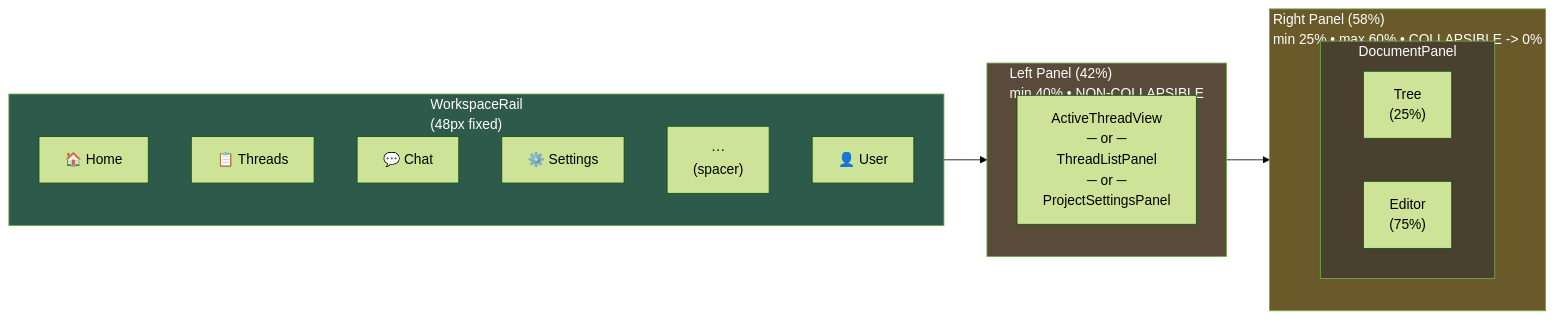
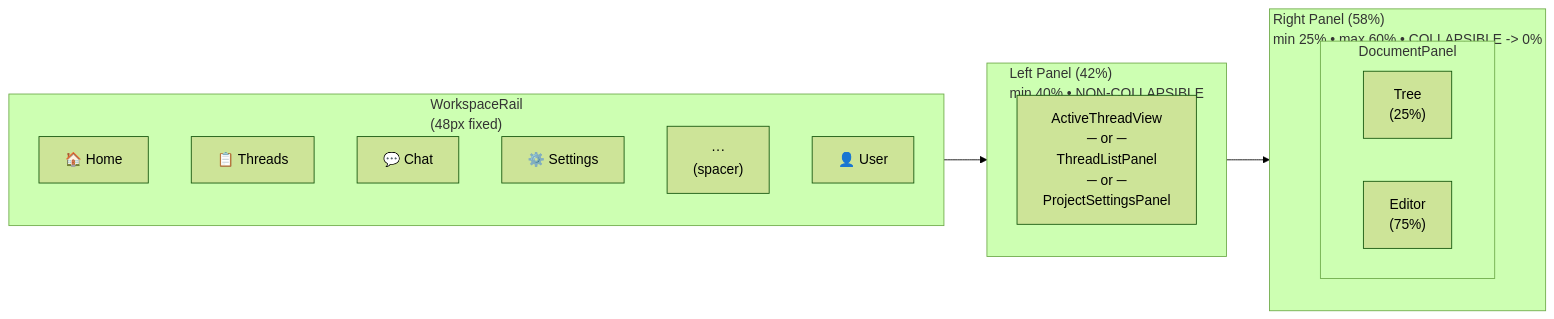
One commit to haowjy/meridian-flow changed the first of 4 diagrams in _docs/technical/frontend/architecture/layout-system.md. Above: the diagram before and after it, drawn with Mermaid (forest theme). The commit also changed other lines of this file and 46 other files, not shown here.

````diff
--- a/_docs/technical/frontend/architecture/layout-system.md
+++ b/_docs/technical/frontend/architecture/layout-system.md
@@ -11,30 +11,26 @@
 ```mermaid
 flowchart LR
     subgraph Rail["WorkspaceRail<br/>(48px fixed)"]
         direction TB
         R1["🏠 Home"]
         R2["📋 Threads"]
         R3["💬 Chat"]
         R4["⚙️ Settings"]
         R5["···<br/>(spacer)"]
         R6["👤 User"]
     end
 
     subgraph Left["Left Panel (42%)<br/>min 40% • NON-COLLAPSIBLE"]
         L1["ActiveThreadView<br/>─ or ─<br/>ThreadListPanel<br/>─ or ─<br/>ProjectSettingsPanel"]
     end
 
     subgraph Right["Right Panel (58%)<br/>min 25% • max 60% • COLLAPSIBLE -> 0%"]
         subgraph DocPanel["DocumentPanel"]
             Tree["Tree<br/>(25%)"]
             Editor["Editor<br/>(75%)"]
         end
     end
 
     Rail --> Left --> Right
 
-    style Rail fill:#2d5a4a,color:#fff
-    style Left fill:#5a4a3a,color:#fff
-    style Right fill:#6a5a2a,color:#fff
-    style DocPanel fill:#4a4030,color:#fff
 ```
````
